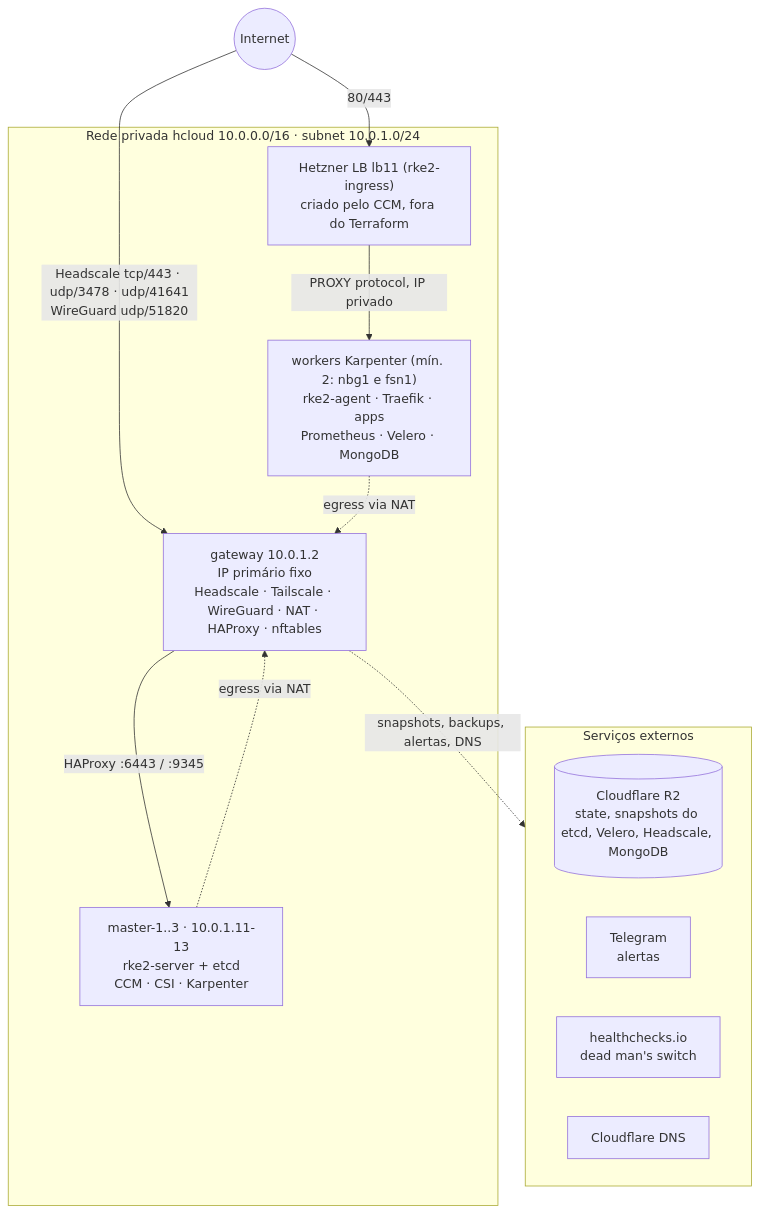
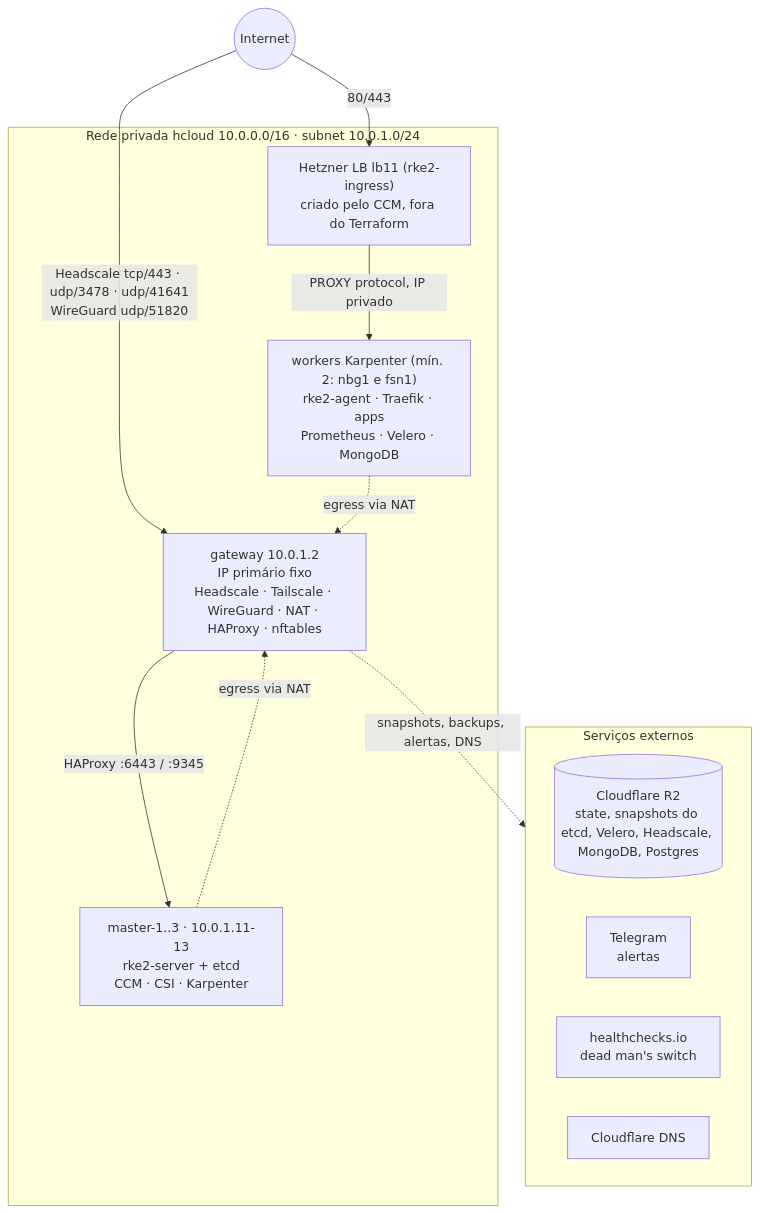
The first of 6 diagrams in docs/architecture.md (reginaldosousa/hetzner-rke2-terraform), drawn with Mermaid before and after one commit. The commit also changed 6 other files, not shown here.

````diff
--- a/docs/architecture.md
+++ b/docs/architecture.md
@@ -5,23 +5,23 @@
 ```mermaid
 flowchart TB
     internet((Internet))
     subgraph external["Serviços externos"]
-        r2[("Cloudflare R2<br/>state, snapshots do etcd, Velero, Headscale, MongoDB")]
+        r2[("Cloudflare R2<br/>state, snapshots do etcd, Velero, Headscale, MongoDB, Postgres")]
         tg["Telegram<br/>alertas"]
         hc["healthchecks.io<br/>dead man's switch"]
         cf["Cloudflare DNS"]
     end
     internet -- "Headscale tcp/443 · udp/3478 · udp/41641<br/>WireGuard udp/51820" --> gw
     internet -- "80/443" --> lb
     subgraph hcloud["Rede privada hcloud 10.0.0.0/16 · subnet 10.0.1.0/24"]
         gw["gateway 10.0.1.2<br/>IP primário fixo<br/>Headscale · Tailscale · WireGuard · NAT · HAProxy · nftables"]
         lb["Hetzner LB lb11 (rke2-ingress)<br/>criado pelo CCM, fora do Terraform"]
         masters["master-1..3 · 10.0.1.11-13<br/>rke2-server + etcd<br/>CCM · CSI · Karpenter"]
         workers["workers Karpenter (mín. 2: nbg1 e fsn1)<br/>rke2-agent · Traefik · apps<br/>Prometheus · Velero · MongoDB"]
     end
     gw -- "HAProxy :6443 / :9345" --> masters
     lb -- "PROXY protocol, IP privado" --> workers
     masters -. "egress via NAT" .-> gw
     workers -. "egress via NAT" .-> gw
     gw -. "snapshots, backups, alertas, DNS" .-> external
 ```
````
